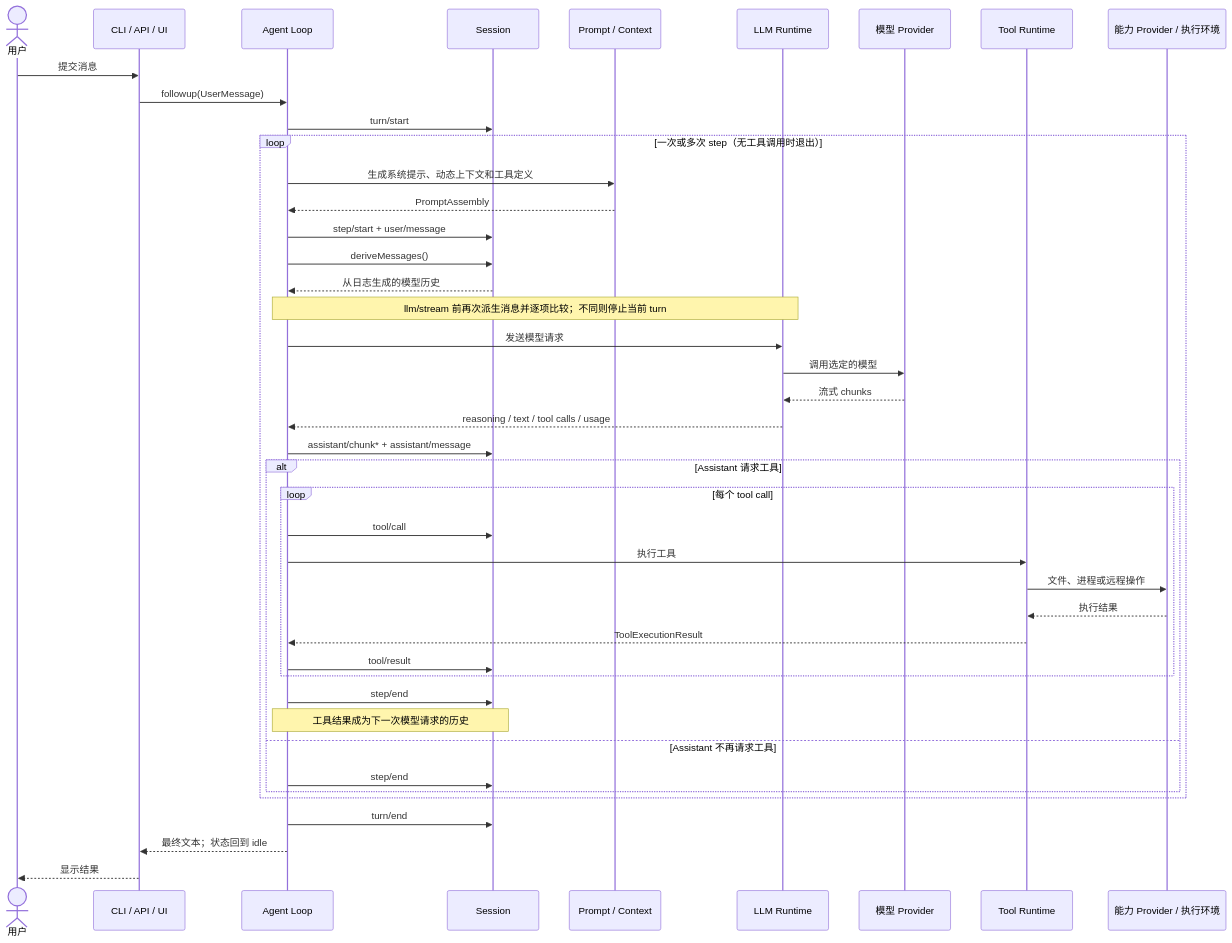
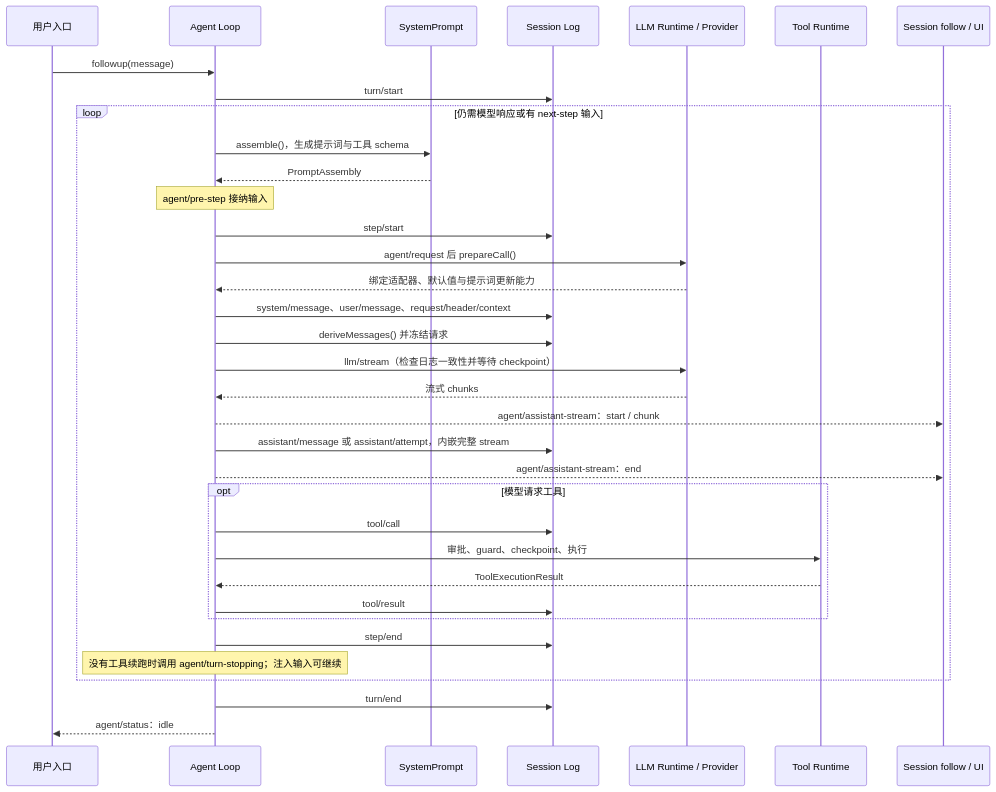
The diagram in analysis/architecture/04-agent-runtime.md (tcy1999/deepseek-harness), drawn with Mermaid before and after one commit. The commit also changed other lines of this file and 24 other files, not shown here.

````diff
--- a/analysis/architecture/04-agent-runtime.md
+++ b/analysis/architecture/04-agent-runtime.md
@@ -27,49 +41,37 @@
 ```mermaid
 sequenceDiagram
-  actor User as 用户
-  participant Entry as CLI / API / UI
+  participant Entry as 用户入口
   participant Agent as Agent Loop
-  participant Session
-  participant Prompt as Prompt / Context
-  participant LLM as LLM Runtime
-  participant Model as 模型 Provider
+  participant Prompt as SystemPrompt
+  participant Session as Session Log
+  participant LLM as LLM Runtime / Provider
   participant Tools as Tool Runtime
-  participant Exec as 能力 Provider / 执行环境
-
-  User->>Entry: 提交消息
-  Entry->>Agent: followup(UserMessage)
+  participant UI as Session follow / UI
+  Entry->>Agent: followup(message)
   Agent->>Session: turn/start
-
-  loop 一次或多次 step（无工具调用时退出）
-    Agent->>Prompt: 生成系统提示、动态上下文和工具定义
+  loop 仍需模型响应或有 next-step 输入
+    Agent->>Prompt: assemble()，生成提示词与工具 schema
     Prompt-->>Agent: PromptAssembly
-    Agent->>Session: step/start + user/message
-    Agent->>Session: deriveMessages()
-    Session-->>Agent: 从日志生成的模型历史
-    Note over Agent,LLM: llm/stream 前再次派生消息并逐项比较；不同则停止当前 turn
-    Agent->>LLM: 发送模型请求
-    LLM->>Model: 调用选定的模型
-    Model-->>LLM: 流式 chunks
-    LLM-->>Agent: reasoning / text / tool calls / usage
-    Agent->>Session: assistant/chunk* + assistant/message
-
-    alt Assistant 请求工具
-      loop 每个 tool call
-        Agent->>Session: tool/call
-        Agent->>Tools: 执行工具
-        Tools->>Exec: 文件、进程或远程操作
-        Exec-->>Tools: 执行结果
-        Tools-->>Agent: ToolExecutionResult
-        Agent->>Session: tool/result
-      end
-      Agent->>Session: step/end
-      Note over Agent,Session: 工具结果成为下一次模型请求的历史
-    else Assistant 不再请求工具
-      Agent->>Session: step/end
+    Note over Agent: agent/pre-step 接纳输入
+    Agent->>Session: step/start
+    Agent->>LLM: agent/request 后 prepareCall()
+    LLM-->>Agent: 绑定适配器、默认值与提示词更新能力
+    Agent->>Session: system/message、user/message、request/header/context
+    Agent->>Session: deriveMessages() 并冻结请求
+    Agent->>LLM: llm/stream（检查日志一致性并等待 checkpoint）
+    LLM-->>Agent: 流式 chunks
+    Agent-->>UI: agent/assistant-stream：start / chunk
+    Agent->>Session: assistant/message 或 assistant/attempt，内嵌完整 stream
+    Agent-->>UI: agent/assistant-stream：end
+    opt 模型请求工具
+      Agent->>Session: tool/call
+      Agent->>Tools: 审批、guard、checkpoint、执行
+      Tools-->>Agent: ToolExecutionResult
+      Agent->>Session: tool/result
     end
+    Agent->>Session: step/end
+    Note over Agent: 没有工具续跑时调用 agent/turn-stopping；注入输入可继续
   end
-
   Agent->>Session: turn/end
-  Agent-->>Entry: 最终文本；状态回到 idle
-  Entry-->>User: 显示结果
+  Agent-->>Entry: agent/status：idle
 ```
````
